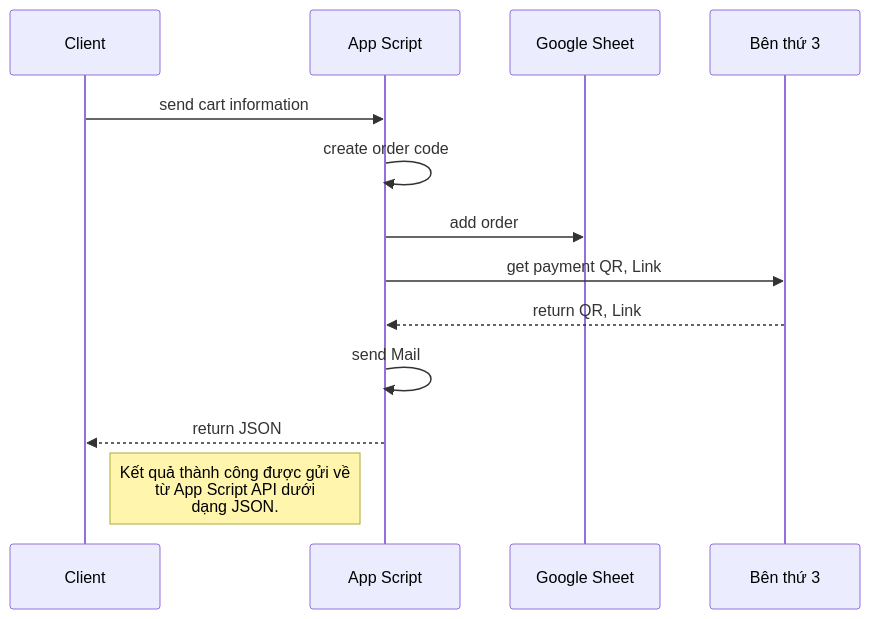
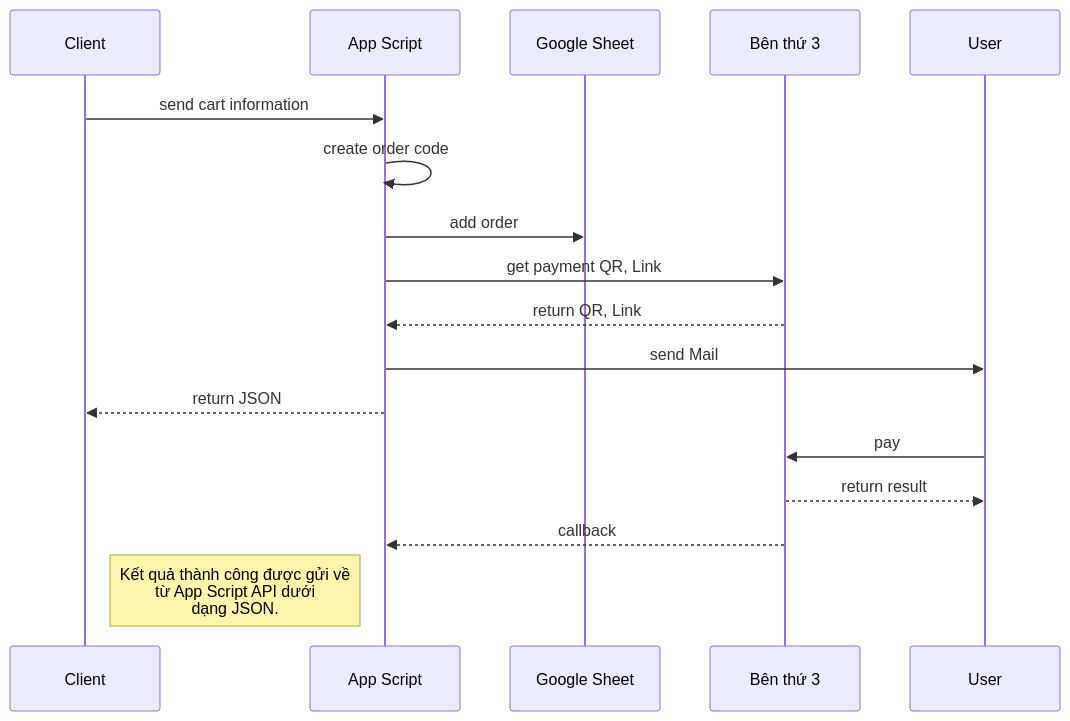
Before and after one commit to daovietanh190499/Shopsmon: the eighth of 8 diagrams in README.md, drawn with Mermaid.

````diff
--- a/README.md
+++ b/README.md
@@ -173,11 +173,14 @@
 ```mermaid
 sequenceDiagram
 Client ->> App Script: send cart information
 App Script ->> App Script: create order code
 App Script ->> Google Sheet: add order
 App Script ->> Bên thứ 3: get payment QR, Link
 Bên thứ 3 -->> App Script: return QR, Link
-App Script ->> App Script: send Mail
+App Script ->> User: send Mail
 App Script-->>Client: return JSON
+User ->> Bên thứ 3: pay
+Bên thứ 3 -->> User: return result
+Bên thứ 3 -->> App Script: callback
 Note right of Client: Kết quả thành công được gửi về <br/> từ App Script API dưới <br/> dạng JSON.
 ```
````
